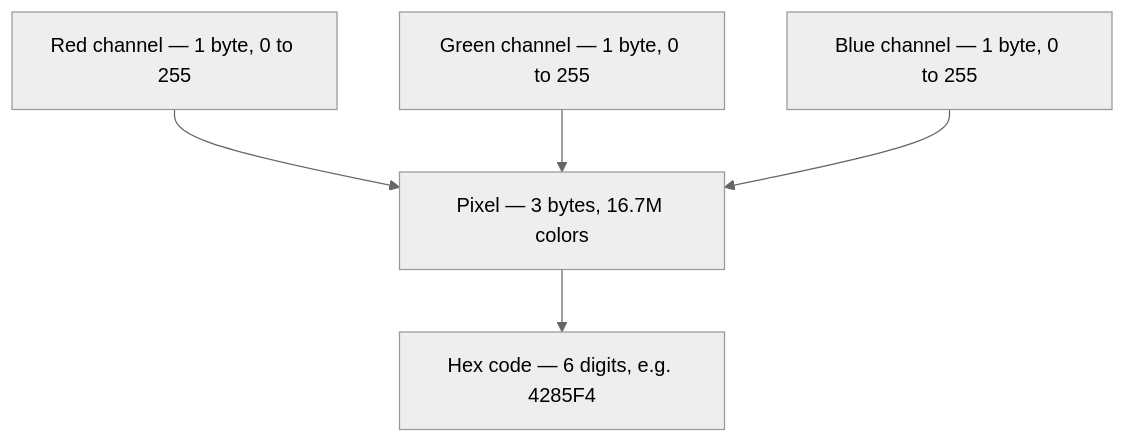
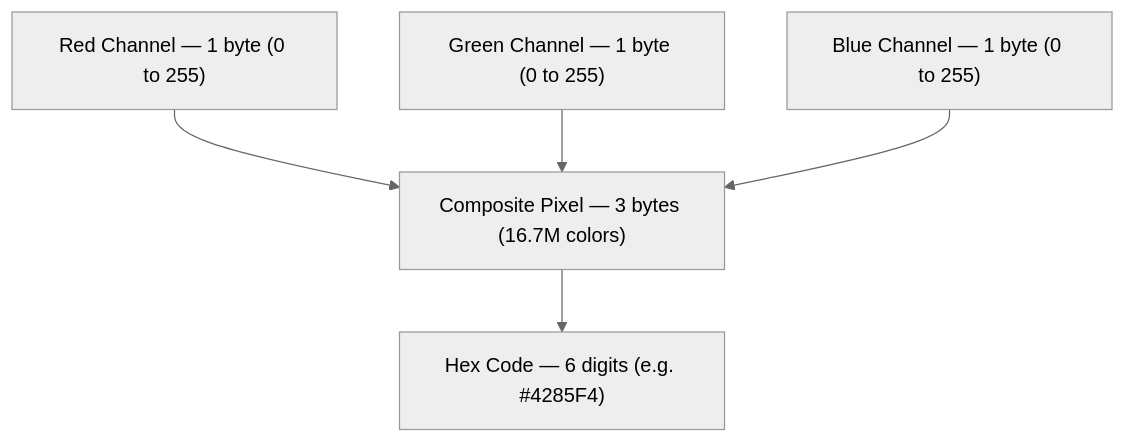
One commit to 1345AbhishekKumar/cs-cookbook changed the second of 3 diagrams in content/docs/computer-basics/it-support/03-computer-language-and-encoding.mdx. Above: the diagram before and after it, drawn with Mermaid (neutral theme). The commit also changed other lines of this file and 299 other files, not shown here.

````diff
--- a/content/docs/computer-basics/it-support/03-computer-language-and-encoding.mdx
+++ b/content/docs/computer-basics/it-support/03-computer-language-and-encoding.mdx
@@ -109,7 +150,7 @@
 ```mermaid
 flowchart TD
-    R["Red channel — 1 byte, 0 to 255"] --> PIX["Pixel — 3 bytes, 16.7M colors"]
-    G["Green channel — 1 byte, 0 to 255"] --> PIX
-    B["Blue channel — 1 byte, 0 to 255"] --> PIX
-    PIX --> HEX["Hex code — 6 digits, e.g. 4285F4"]
+    R["Red Channel — 1 byte (0 to 255)"] --> PIX["Composite Pixel — 3 bytes (16.7M colors)"]
+    G["Green Channel — 1 byte (0 to 255)"] --> PIX
+    B["Blue Channel — 1 byte (0 to 255)"] --> PIX
+    PIX --> HEX["Hex Code — 6 digits (e.g. #4285F4)"]
 ```
````
